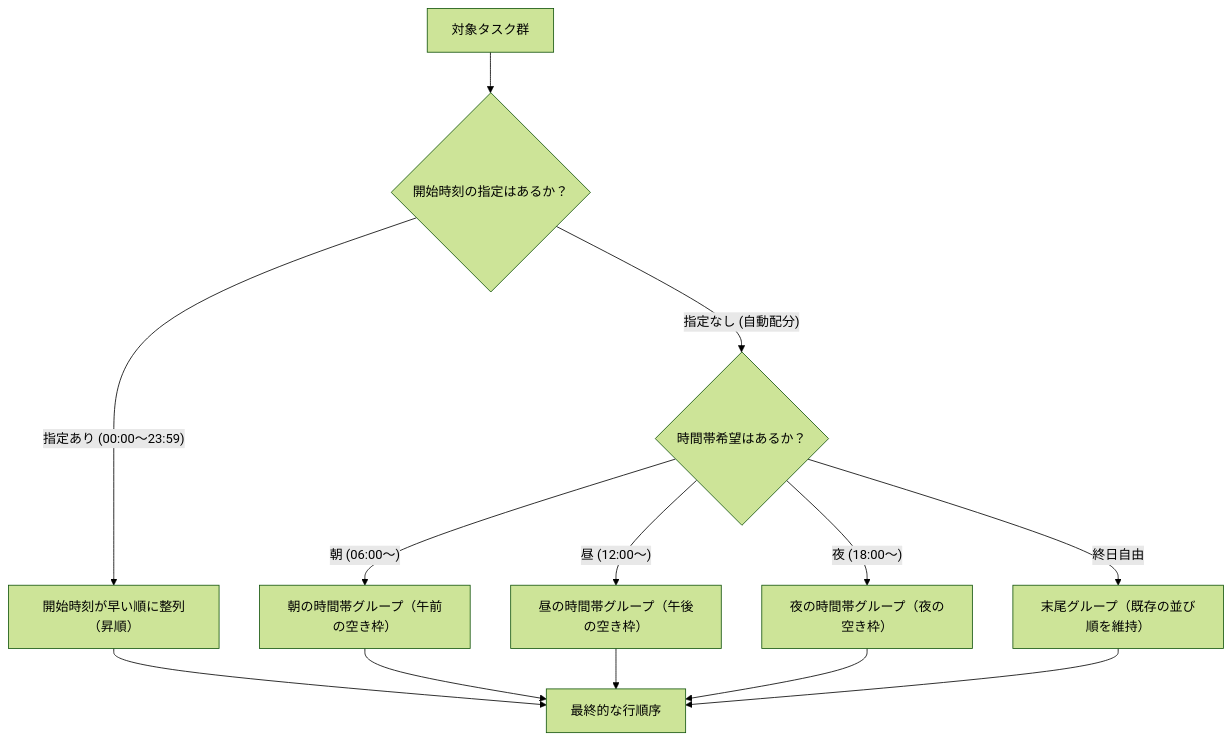
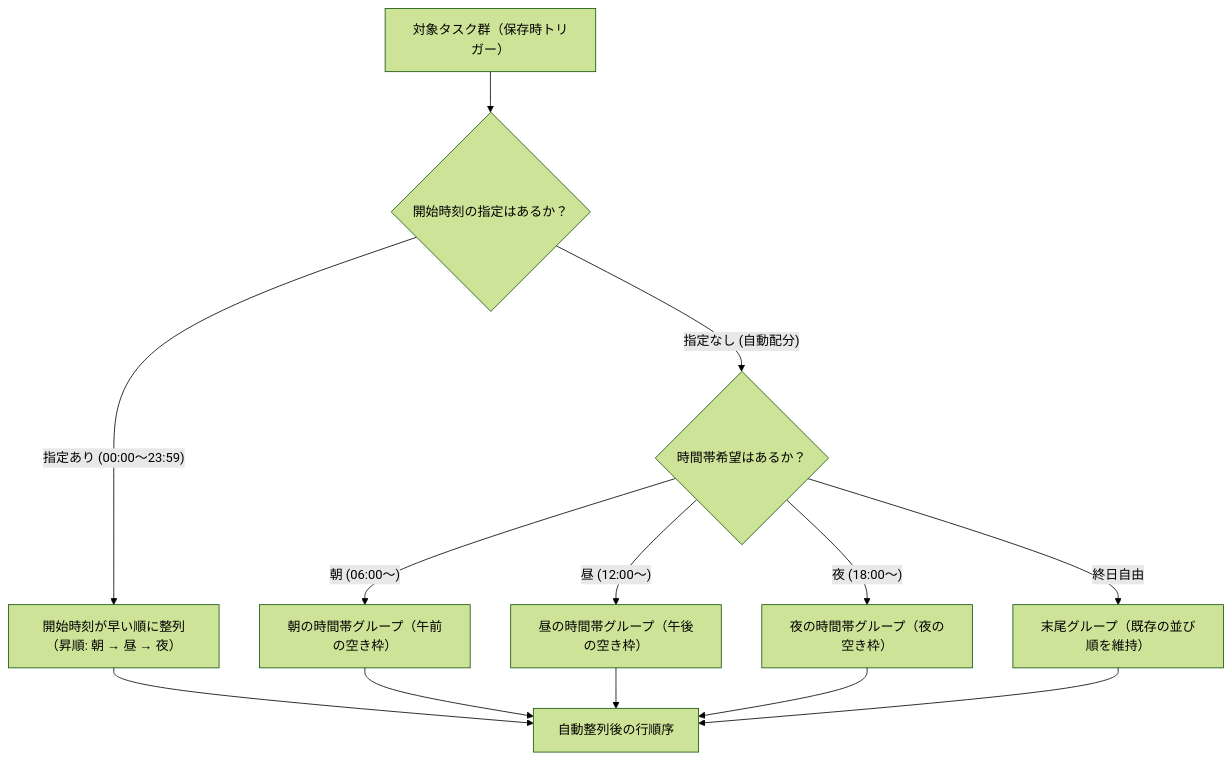
The third of 4 diagrams in Plan23.md (chku25062-sketch/creation_1), drawn with Mermaid (forest theme) before and after one commit. The commit also changed other lines of this file, not shown here.

````diff
--- a/Plan23.md
+++ b/Plan23.md
@@ -102,16 +99,16 @@
 ```mermaid
 flowchart TD
-    Task["対象タスク群"] --> C1{"開始時刻の指定はあるか？"}
-    C1 -->|"指定あり (00:00〜23:59)"| S1["開始時刻が早い順に整列（昇順）"]
+    Task["対象タスク群（保存時トリガー）"] --> C1{"開始時刻の指定はあるか？"}
+    C1 -->|"指定あり (00:00〜23:59)"| S1["開始時刻が早い順に整列（昇順: 朝 → 昼 → 夜）"]
     C1 -->|"指定なし (自動配分)"| C2{"時間帯希望はあるか？"}
     C2 -->|"朝 (06:00〜)"| S2["朝の時間帯グループ（午前の空き枠）"]
     C2 -->|"昼 (12:00〜)"| S3["昼の時間帯グループ（午後の空き枠）"]
     C2 -->|"夜 (18:00〜)"| S4["夜の時間帯グループ（夜の空き枠）"]
     C2 -->|"終日自由"| S5["末尾グループ（既存の並び順を維持）"]
     
-    S1 --> FinalList["最終的な行順序"]
+    S1 --> FinalList["自動整列後の行順序"]
     S2 --> FinalList
     S3 --> FinalList
     S4 --> FinalList
     S5 --> FinalList
 ```
````
